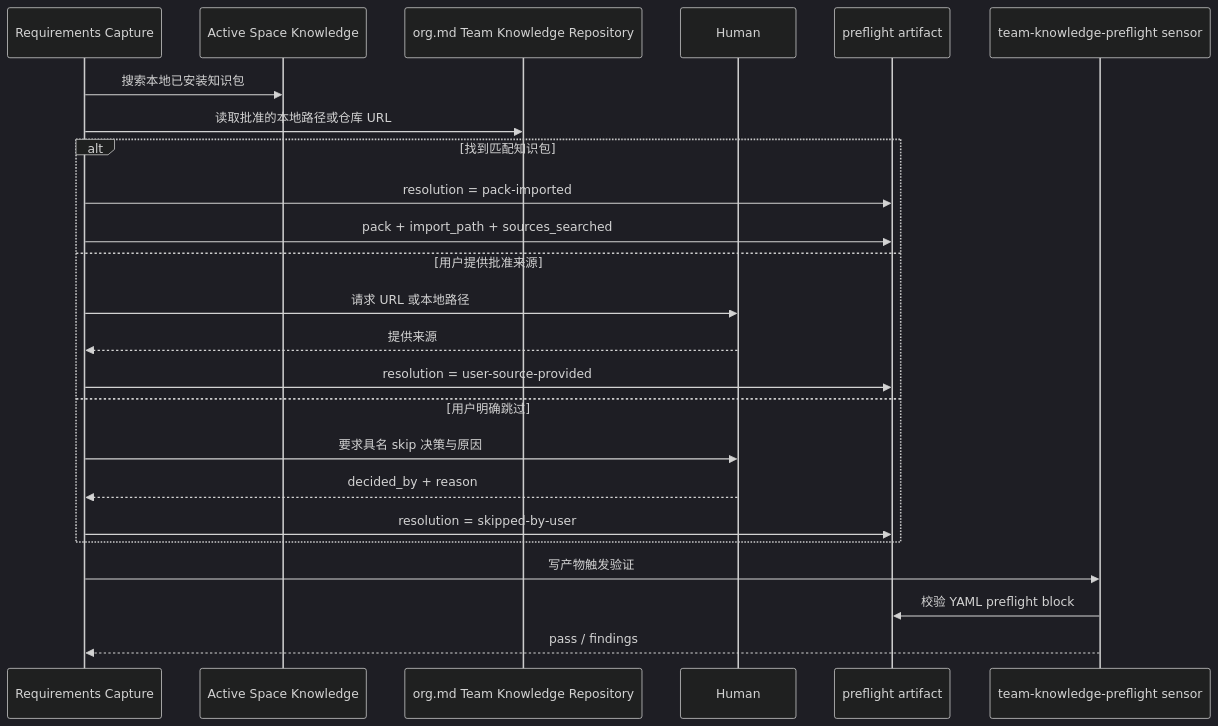
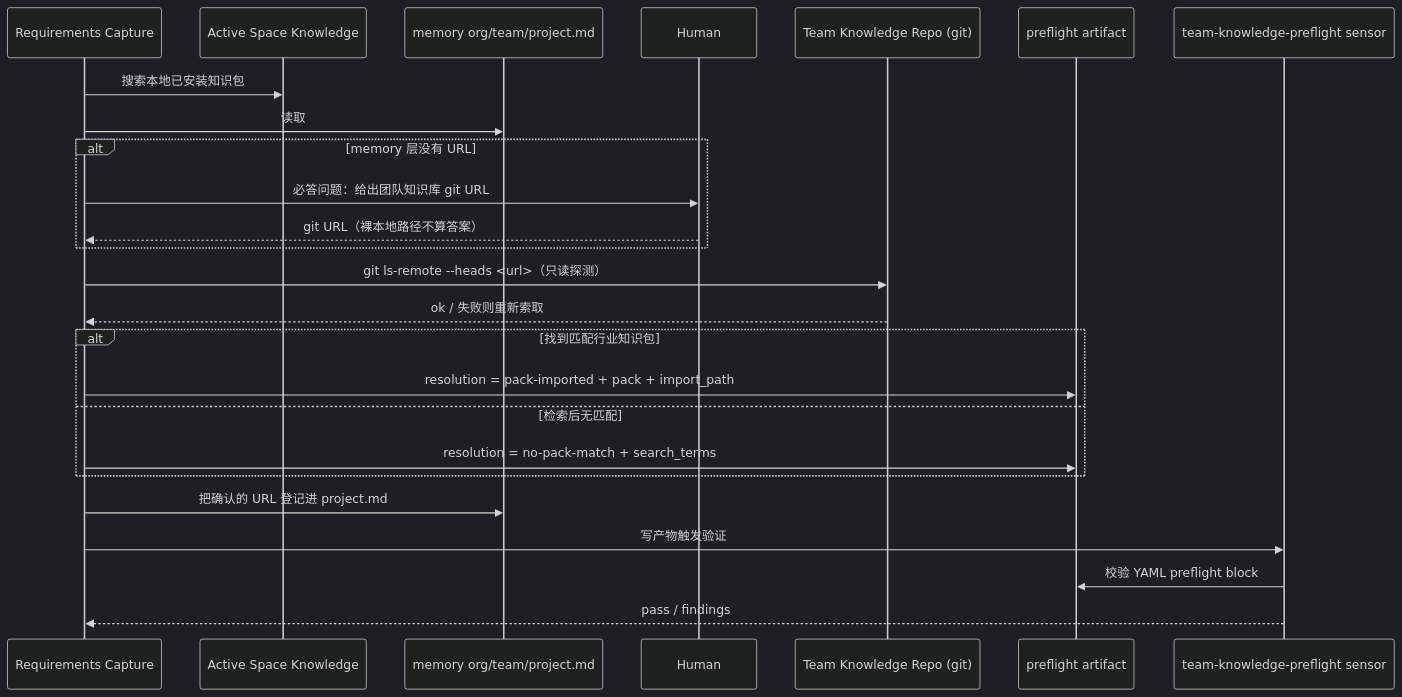
One commit to comdaze/aidlc-workflows-cde changed diagram 12 of 14 in docs/architecture/aidlc-knowledge-memory-visual-guide.zh-CN.md. Above: the diagram before and after it, drawn with Mermaid (dark theme). The commit also changed other lines of this file and 180 other files, not shown here.

````diff
--- a/docs/architecture/aidlc-knowledge-memory-visual-guide.zh-CN.md
+++ b/docs/architecture/aidlc-knowledge-memory-visual-guide.zh-CN.md
@@ -431,27 +435,28 @@
 ```mermaid
 sequenceDiagram
     participant S1 as Requirements Capture
     participant Local as Active Space Knowledge
-    participant Org as org.md Team Knowledge Repository
+    participant Mem as memory org/team/project.md
     participant Human as Human
+    participant Repo as Team Knowledge Repo (git)
     participant Artifact as preflight artifact
     participant Sensor as team-knowledge-preflight sensor
 
     S1->>Local: 搜索本地已安装知识包
-    S1->>Org: 读取批准的本地路径或仓库 URL
-    alt 找到匹配知识包
-      S1->>Artifact: resolution = pack-imported
-      S1->>Artifact: pack + import_path + sources_searched
-    else 用户提供批准来源
-      S1->>Human: 请求 URL 或本地路径
-      Human-->>S1: 提供来源
-      S1->>Artifact: resolution = user-source-provided
-    else 用户明确跳过
-      S1->>Human: 要求具名 skip 决策与原因
-      Human-->>S1: decided_by + reason
-      S1->>Artifact: resolution = skipped-by-user
+    S1->>Mem: 读取 ## Team Knowledge Repository 的 git URL
+    alt memory 层没有 URL
+      S1->>Human: 必答问题：给出团队知识库 git URL
+      Human-->>S1: git URL（裸本地路径不算答案）
     end
+    S1->>Repo: git ls-remote --heads <url>（只读探测）
+    Repo-->>S1: ok / 失败则重新索取
+    alt 找到匹配行业知识包
+      S1->>Artifact: resolution = pack-imported + pack + import_path
+    else 检索后无匹配
+      S1->>Artifact: resolution = no-pack-match + search_terms
+    end
+    S1->>Mem: 把确认的 URL 登记进 project.md
     S1->>Sensor: 写产物触发验证
     Sensor->>Artifact: 校验 YAML preflight block
     Sensor-->>S1: pass / findings
 ```
````
